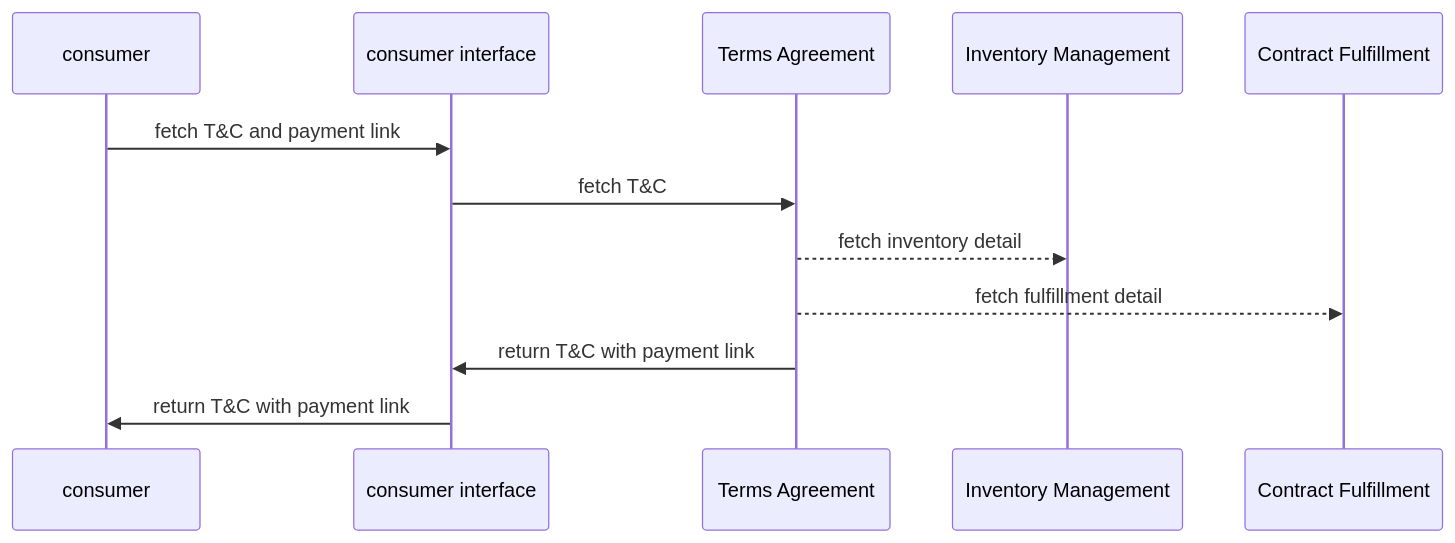
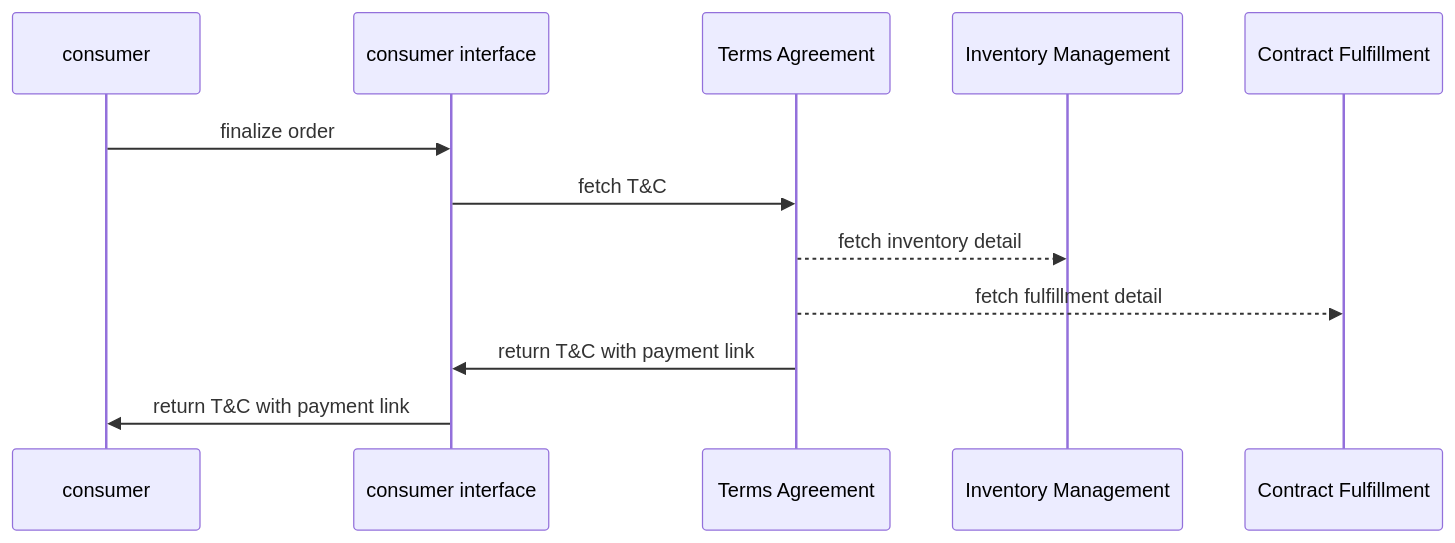
Before and after one commit to GovStackWorkingGroup/bb-emarketplace: the third of 15 diagrams in spec/9-workflows.md, drawn with Mermaid. The commit also changed other lines of this file, not shown here.

Commit message:
GITBOOK-44: Updating sequence flows - Searching

````diff
--- a/spec/9-workflows.md
+++ b/spec/9-workflows.md
@@ -78,12 +83,12 @@
 ```mermaid
 sequenceDiagram
-consumer->>consumer interface: fetch T&C and payment link
+consumer->>consumer interface: finalize order
     consumer interface->>Terms Agreement: fetch T&C
 Terms Agreement-->>Inventory Management: fetch inventory detail
 Terms Agreement-->>Contract Fulfillment: fetch fulfillment detail
 Terms Agreement->>consumer interface: return T&C with payment link 
 consumer interface->>consumer:return T&C with payment link
 
             
 
 ```
````
